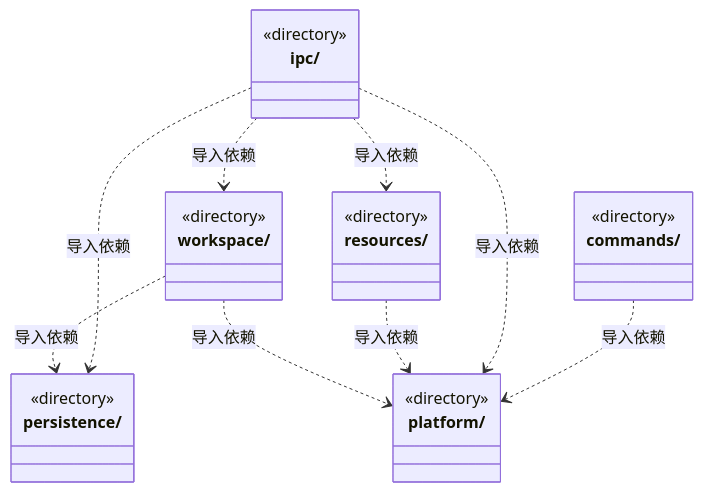
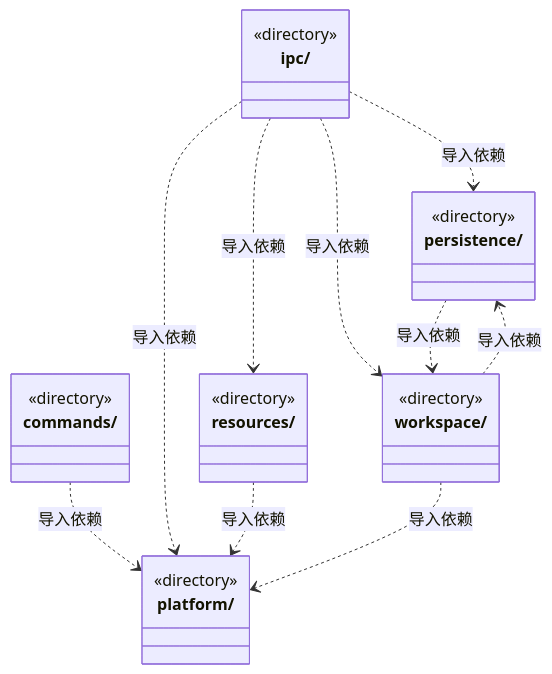
One commit to nan023062/cbim changed the first of 4 diagrams in src/backend/main/ARCHITECTURE.md. Above: the diagram before and after it, drawn with Mermaid. The commit also changed other lines of this file and 240 other files, not shown here.

````diff
--- a/src/backend/main/ARCHITECTURE.md
+++ b/src/backend/main/ARCHITECTURE.md
@@ -21,29 +21,30 @@
 ```mermaid
 classDiagram
 class N_src_backend_main_commands["commands/"] {
   <<directory>>
 }
 class N_src_backend_main_ipc["ipc/"] {
   <<directory>>
 }
 class N_src_backend_main_persistence["persistence/"] {
   <<directory>>
 }
 class N_src_backend_main_platform["platform/"] {
   <<directory>>
 }
 class N_src_backend_main_resources["resources/"] {
   <<directory>>
 }
 class N_src_backend_main_workspace["workspace/"] {
   <<directory>>
 }
 N_src_backend_main_commands ..> N_src_backend_main_platform : 导入依赖
 N_src_backend_main_ipc ..> N_src_backend_main_persistence : 导入依赖
 N_src_backend_main_ipc ..> N_src_backend_main_workspace : 导入依赖
+N_src_backend_main_ipc ..> N_src_backend_main_resources : 导入依赖
 N_src_backend_main_ipc ..> N_src_backend_main_platform : 导入依赖
-N_src_backend_main_ipc ..> N_src_backend_main_resources : 导入依赖
+N_src_backend_main_persistence ..> N_src_backend_main_workspace : 导入依赖
 N_src_backend_main_resources ..> N_src_backend_main_platform : 导入依赖
 N_src_backend_main_workspace ..> N_src_backend_main_platform : 导入依赖
 N_src_backend_main_workspace ..> N_src_backend_main_persistence : 导入依赖
 ```
````
